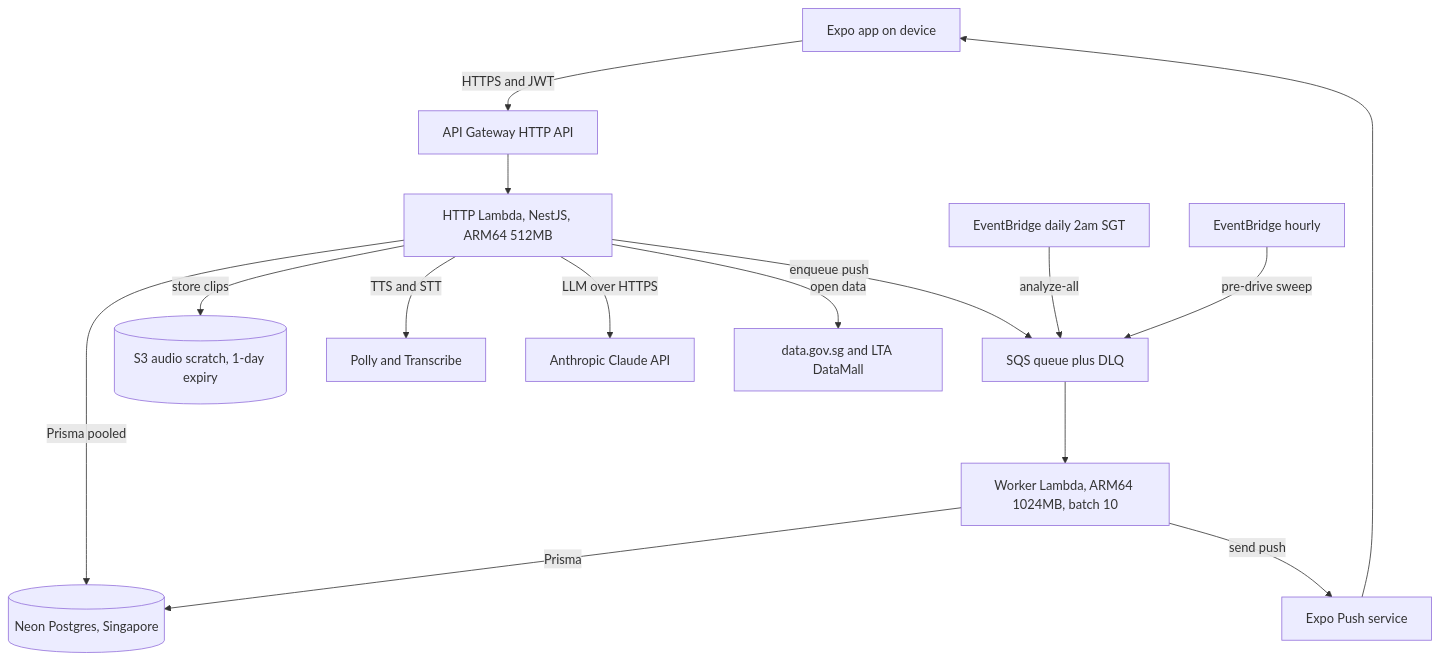
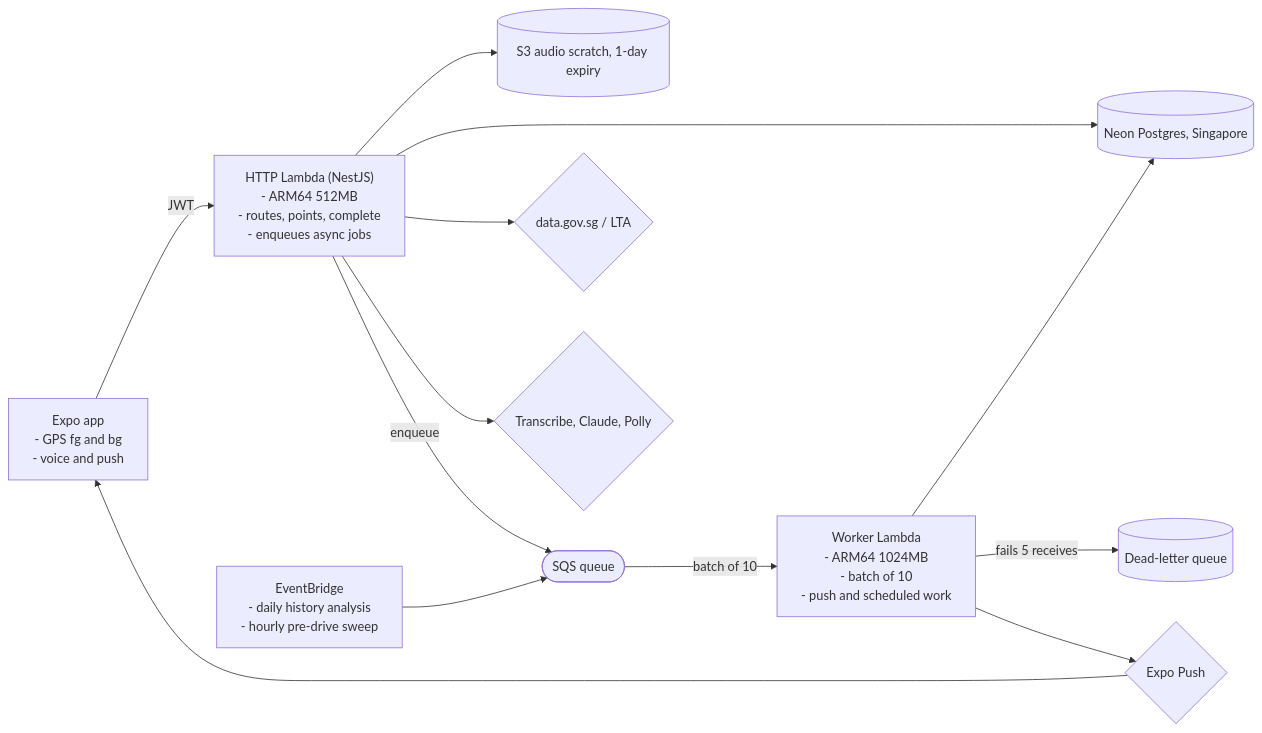
One commit to elleskay/drivebuddy changed the sixth of 6 diagrams in README.md. Above: the diagram before and after it, drawn with Mermaid. The commit also changed other lines of this file, not shown here.

````diff
--- a/README.md
+++ b/README.md
@@ -143,17 +382,26 @@
 ```mermaid
-flowchart TB
-    App[Expo app on device] -->|HTTPS and JWT| APIGW[API Gateway HTTP API]
-    APIGW --> HTTP[HTTP Lambda, NestJS, ARM64 512MB]
-    HTTP -->|Prisma pooled| NEON[(Neon Postgres, Singapore)]
-    HTTP -->|enqueue push| SQS[SQS queue plus DLQ]
-    HTTP -->|store clips| S3[(S3 audio scratch, 1-day expiry)]
-    HTTP -->|TTS and STT| AISVC[Polly and Transcribe]
-    HTTP -->|LLM over HTTPS| CLAUDE[Anthropic Claude API]
-    HTTP -->|open data| EXT[data.gov.sg and LTA DataMall]
-    EB1[EventBridge daily 2am SGT] -->|analyze-all| SQS
-    EB2[EventBridge hourly] -->|pre-drive sweep| SQS
-    SQS --> WORKER[Worker Lambda, ARM64 1024MB, batch 10]
-    WORKER -->|Prisma| NEON
-    WORKER -->|send push| EXPO[Expo Push service]
-    EXPO --> App
+flowchart LR
+  App["Expo app<br/>- GPS fg and bg<br/>- voice and push"]
+  API["HTTP Lambda (NestJS)<br/>- ARM64 512MB<br/>- routes, points, complete<br/>- enqueues async jobs"]
+  Worker["Worker Lambda<br/>- ARM64 1024MB<br/>- batch of 10<br/>- push and scheduled work"]
+  Neon[("Neon Postgres, Singapore")]
+  S3[("S3 audio scratch, 1-day expiry")]
+  DLQ[("Dead-letter queue")]
+  SQS(["SQS queue"])
+  EB["EventBridge<br/>- daily history analysis<br/>- hourly pre-drive sweep"]
+  LTA{"data.gov.sg / LTA"}
+  AI{"Transcribe, Claude, Polly"}
+  Push{"Expo Push"}
+  App -->|JWT| API
+  API --> Neon
+  API --> LTA
+  API --> S3
+  API --> AI
+  API -->|enqueue| SQS
+  EB --> SQS
+  SQS -->|"batch of 10"| Worker
+  Worker -->|"fails 5 receives"| DLQ
+  Worker --> Neon
+  Worker --> Push
+  Push --> App
 ```
````
